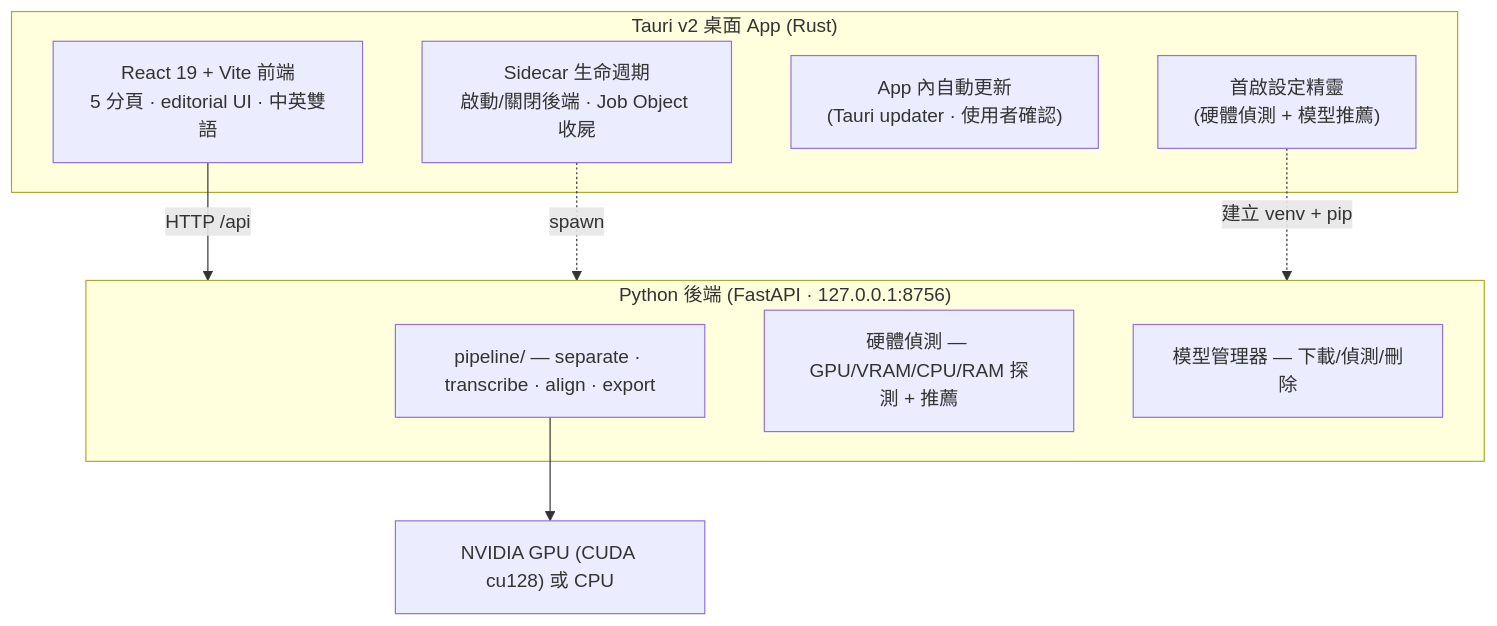
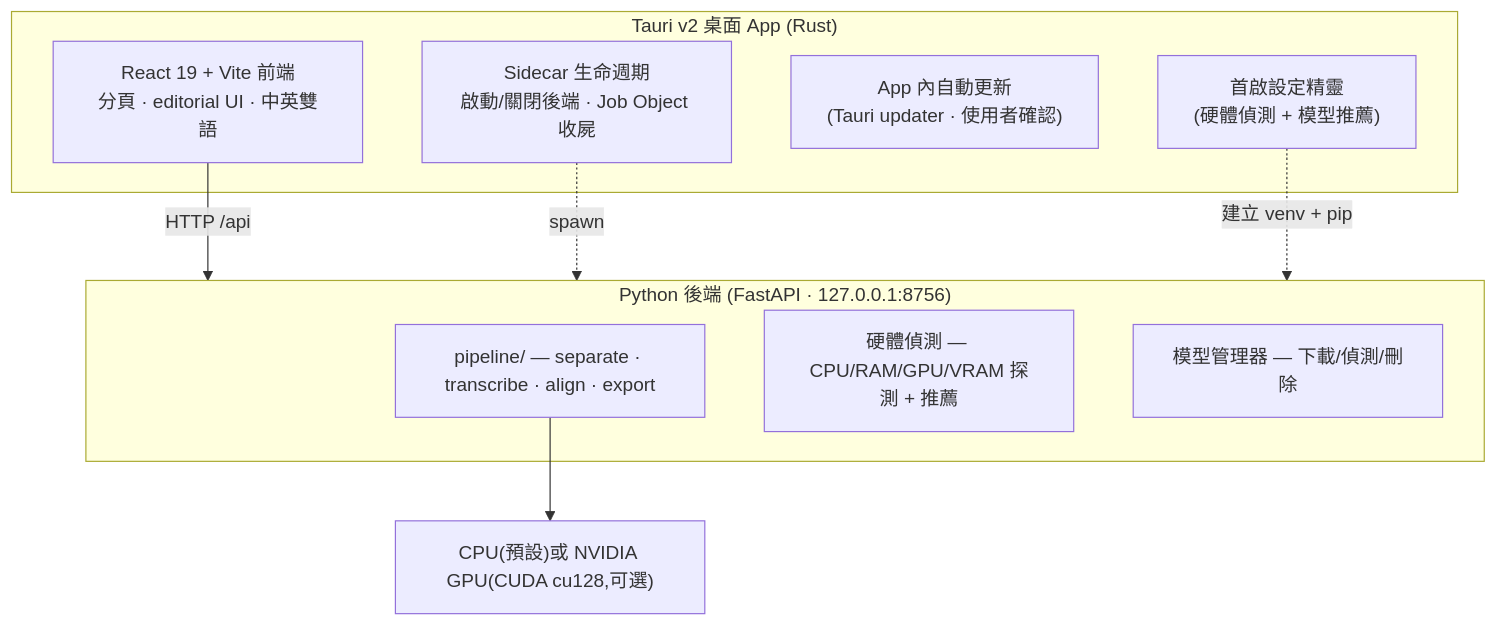
One commit to AriesHongHuanWu/ai-caption changed the fourth of 4 diagrams in README.md. Above: the diagram before and after it, drawn with Mermaid. The commit also changed other lines of this file and 48 other files, not shown here.

First line of the commit message:
feat: rename to Ai Caption + Video->Subtitles mode + CPU/no-dGPU support

````diff
--- a/README.md
+++ b/README.md
@@ -221,18 +271,18 @@
 ```mermaid
 flowchart TB
     subgraph Desktop["Tauri v2 桌面 App (Rust)"]
-        UI["React 19 + Vite 前端<br/>5 分頁 · editorial UI · 中英雙語"]
+        UI["React 19 + Vite 前端<br/>分頁 · editorial UI · 中英雙語"]
         SC["首啟設定精靈<br/>(硬體偵測 + 模型推薦)"]
         UP["App 內自動更新<br/>(Tauri updater · 使用者確認)"]
         SIDE["Sidecar 生命週期<br/>啟動/關閉後端 · Job Object 收屍"]
     end
     subgraph Backend["Python 後端 (FastAPI · 127.0.0.1:8756)"]
         PIPE["pipeline/ — separate · transcribe · align · export"]
-        HW["硬體偵測 — GPU/VRAM/CPU/RAM 探測 + 推薦"]
+        HW["硬體偵測 — CPU/RAM/GPU/VRAM 探測 + 推薦"]
         MODELS["模型管理器 — 下載/偵測/刪除"]
     end
     UI -->|HTTP /api| Backend
     SIDE -.spawn.-> Backend
     SC -.建立 venv + pip.-> Backend
-    PIPE --> GPU["NVIDIA GPU (CUDA cu128) 或 CPU"]
+    PIPE --> DEV["CPU(預設)或 NVIDIA GPU(CUDA cu128,可選)"]
 ```
````
